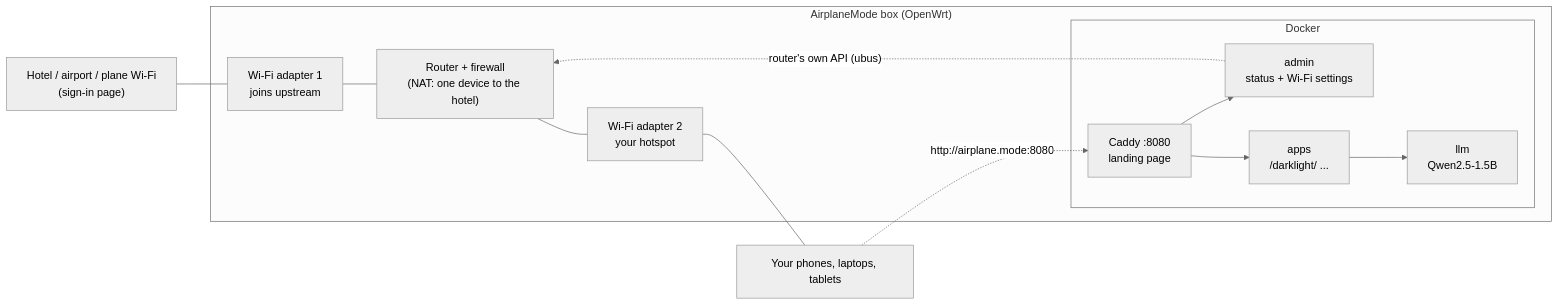
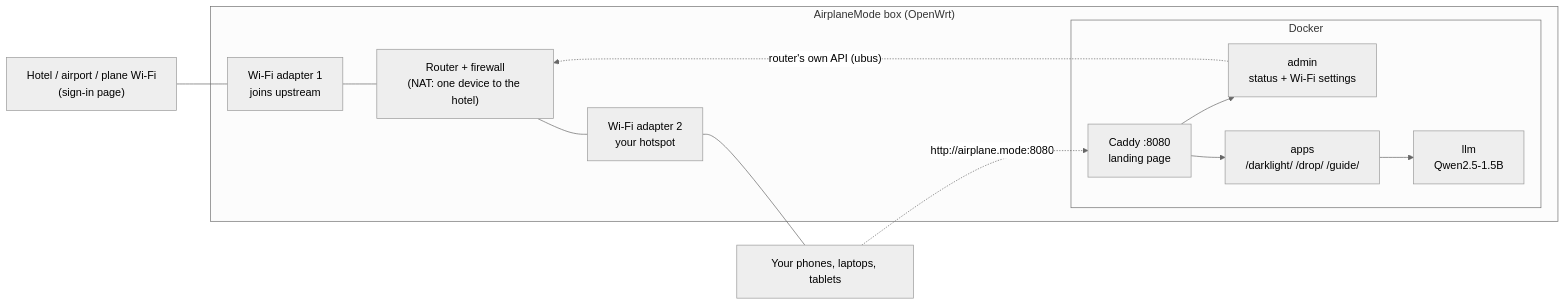
The diagram in README.md (jessewolcott/airplanemode), drawn with Mermaid (neutral theme) before and after one commit. The commit also changed other lines of this file and 18 other files, not shown here.

````diff
--- a/README.md
+++ b/README.md
@@ -32,21 +51,21 @@
 ```mermaid
 flowchart LR
     hotel["Hotel / airport / plane Wi-Fi<br/>(sign-in page)"]
     subgraph box["AirplaneMode box (OpenWrt)"]
         sta["Wi-Fi adapter 1<br/>joins upstream"]
         nat["Router + firewall<br/>(NAT: one device to the hotel)"]
         ap["Wi-Fi adapter 2<br/>your hotspot"]
         subgraph docker["Docker"]
             caddy["Caddy :8080<br/>landing page"]
             admin["admin<br/>status + Wi-Fi settings"]
             llm["llm<br/>Qwen2.5-1.5B"]
-            apps["apps<br/>/darklight/ ..."]
+            apps["apps<br/>/darklight/ /drop/ /guide/"]
         end
     end
     devices["Your phones, laptops, tablets"]
     hotel --- sta --- nat --- ap --- devices
     devices -. "http://airplane.mode:8080" .-> caddy
     caddy --> admin & apps
     apps --> llm
     admin -. "router's own API (ubus)" .-> nat
 ```
````
